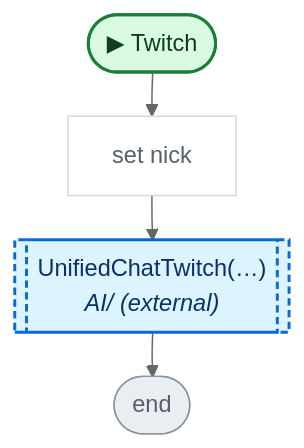
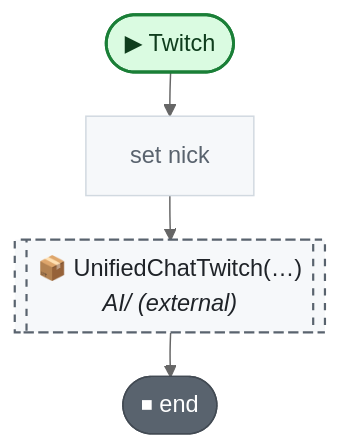
One commit to nataiai/Lord-of-the-Dungeon changed the fifth of 8 diagrams in CodeGraph~/graph/AI/UnifiedChat.cs.md. Above: the diagram before and after it, drawn with Mermaid (neutral theme). The commit also changed other lines of this file and 57 other files, not shown here.

````diff
--- a/CodeGraph~/graph/AI/UnifiedChat.cs.md
+++ b/CodeGraph~/graph/AI/UnifiedChat.cs.md
@@ -240,35 +242,35 @@
 ```mermaid
 ---
 config:
   flowchart:
     wrappingWidth: 260
     nodeSpacing: 26
     rankSpacing: 30
 ---
 flowchart TD
   nS(["▶ Twitch"])
   n8fce25["set nick"]
-  n6e238d[["UnifiedChatTwitch(…)<br><i>AI/ (external)</i>"]]
-  nE(["end"])
+  n6e238d[["📦 UnifiedChatTwitch(…)<br><i>AI/ (external)</i>"]]
+  nE(["⏹ end"])
   nS --> n8fce25
   n8fce25 --> n6e238d
   n6e238d --> nE
   classDef unity fill:#dafbe1,stroke:#1a7f37,stroke-width:2px,color:#0f3d1d
   classDef start fill:#dafbe1,stroke:#1a7f37,stroke-width:2px,color:#0f3d1d
-  classDef calc fill:#ffffff,stroke:#d0d7de,color:#57606a
+  classDef calc fill:#f6f8fa,stroke:#d1d9e0,color:#59636e
   classDef calls fill:#ddf4ff,stroke:#0969da,stroke-width:2px,color:#0a3069
-  classDef ext fill:#ddf4ff,stroke:#0969da,stroke-width:2px,stroke-dasharray:5 3,color:#0a3069
-  classDef cond fill:#fff8c5,stroke:#bf8700,stroke-width:1.5px,color:#3d2a00
-  classDef loop fill:#f6f8fa,stroke:#57606a,color:#1f2328
-  classDef exit fill:#ffebe9,stroke:#cf222e,color:#82071e
+  classDef ext fill:#f6f8fa,stroke:#59636e,stroke-width:1.5px,stroke-dasharray:5 5,color:#1f2328
+  classDef cond fill:#fff8c5,stroke:#9a6700,stroke-width:1.5px,color:#3d2a00
+  classDef loop fill:#fff8c5,stroke:#9a6700,color:#3d2a00
+  classDef wait fill:#fff8c5,stroke:#9a6700,color:#3d2a00
+  classDef exit fill:#59636e,stroke:#424a53,color:#ffffff
+  classDef fin fill:#59636e,stroke:#424a53,color:#ffffff
+  classDef act fill:#ffffff,stroke:#59636e,stroke-width:1.5px,color:#1f2328
   classDef kill fill:#ffebe9,stroke:#cf222e,stroke-width:2px,color:#82071e
-  classDef spawn fill:#dafbe1,stroke:#1a7f37,stroke-width:2px,color:#0f3d1d
-  classDef wait fill:#fff1e5,stroke:#bc4c00,color:#4d1d00
-  classDef fin fill:#eaeef2,stroke:#8c959f,color:#57606a
   classDef join fill:#d0d7de,stroke:#8c959f,color:#57606a
   classDef ghdr fill:#f5f9ff,stroke:#f5f9ff,color:#0a3069,font-weight:bold
   class n8fce25 calc
   class n6e238d ext
   class nE fin
   class nS start
 ```
````
